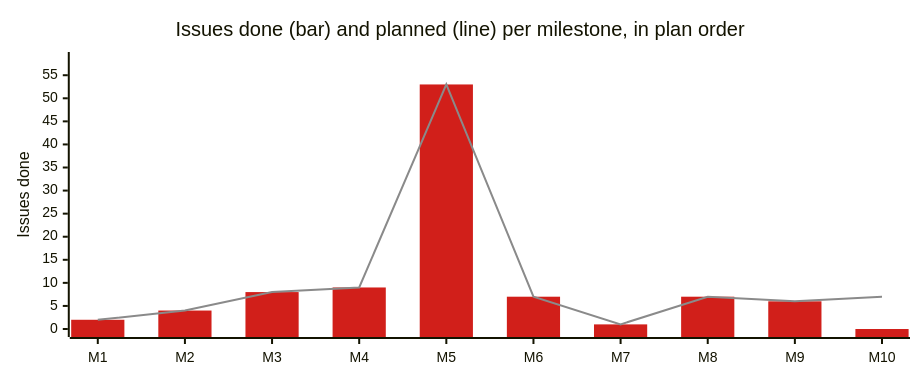
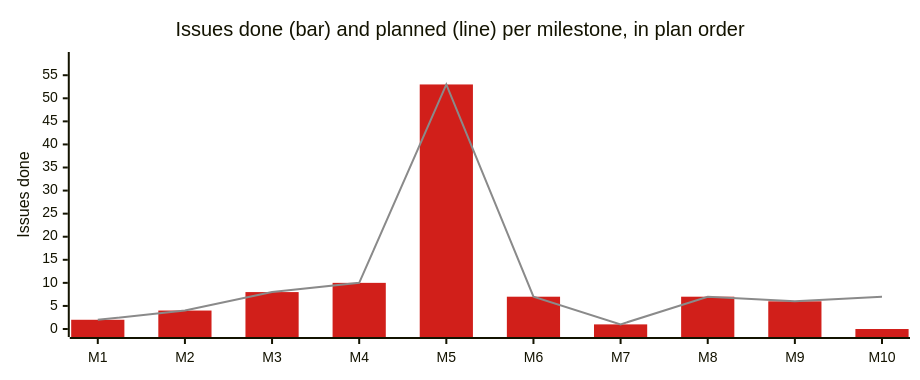
One commit to korczis/OpenTTD changed the diagram in .ai/repo/project/README.md. Above: the diagram before and after it, drawn with Mermaid. The commit also changed other lines of this file and 12 other files, not shown here.

````diff
--- a/.ai/repo/project/README.md
+++ b/.ai/repo/project/README.md
@@ -62,19 +62,19 @@
 ```mermaid
 ---
 config:
   xyChart:
     width: 900
     height: 360
   themeVariables:
     xyChart:
       plotColorPalette: "#d11f1a, #8a8a8a, #0b0b0b, #ece4d6"
 ---
 xychart-beta
     title "Issues done (bar) and planned (line) per milestone, in plan order"
     x-axis ["M1", "M2", "M3", "M4", "M5", "M6", "M7", "M8", "M9", "M10"]
     %% series: Issues done | Issues planned
     %% links: milestones/the-fork-is-a-governed-research-target.yaml | milestones/a-change-is-validated-in-cost-tiers.yaml | milestones/internals-are-observable-with-recorded-provenance.yaml | milestones/prismatic-steers-a-company-through-the-bridge.yaml | milestones/an-agent-reaches-the-game-over-mcp.yaml | milestones/the-fork-is-published-supervised-and-current.yaml | milestones/the-game-wears-the-owners-noir-style.yaml | milestones/planning-is-generated-from-recorded-history.yaml | milestones/rhai-is-a-live-ide.yaml | milestones/records-and-status-tell-the-truth.yaml
     y-axis "Issues done" 0 --> 58.3
-    bar [2, 4, 8, 9, 53, 7, 1, 7, 6, 0]
-    line [2, 4, 8, 9, 53, 7, 1, 7, 6, 7]
+    bar [2, 4, 8, 10, 53, 7, 1, 7, 6, 0]
+    line [2, 4, 8, 10, 53, 7, 1, 7, 6, 7]
 ```
````
